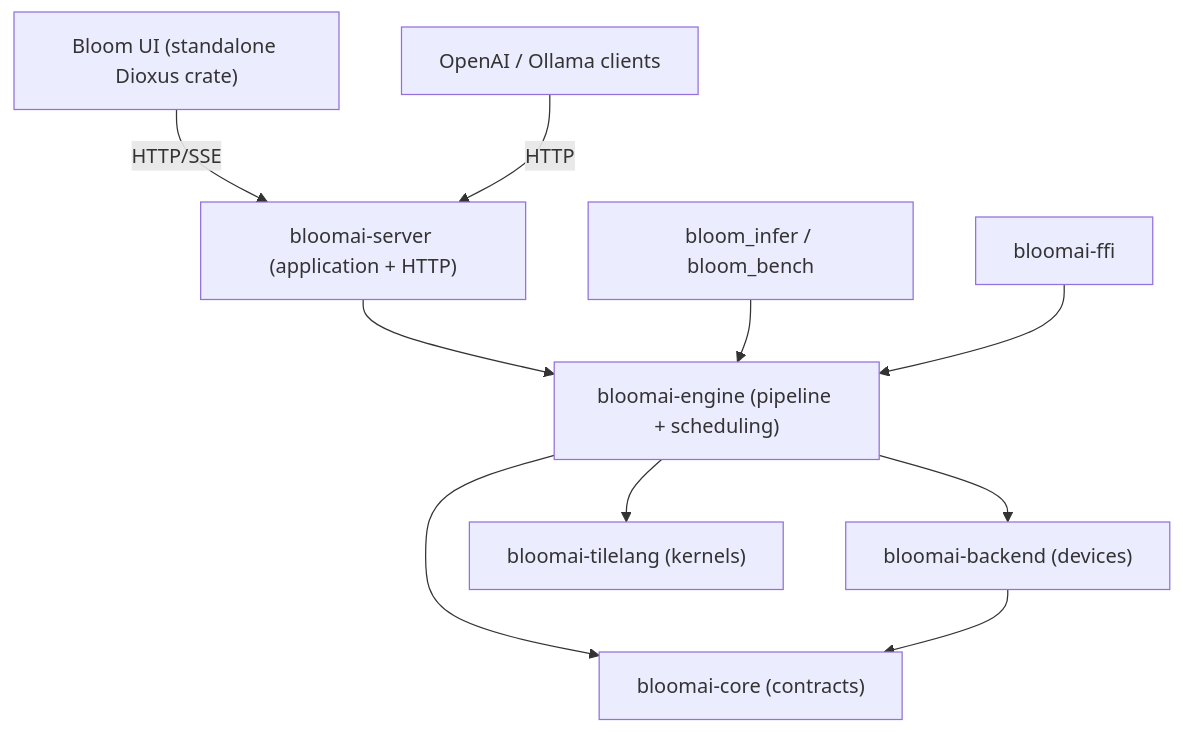
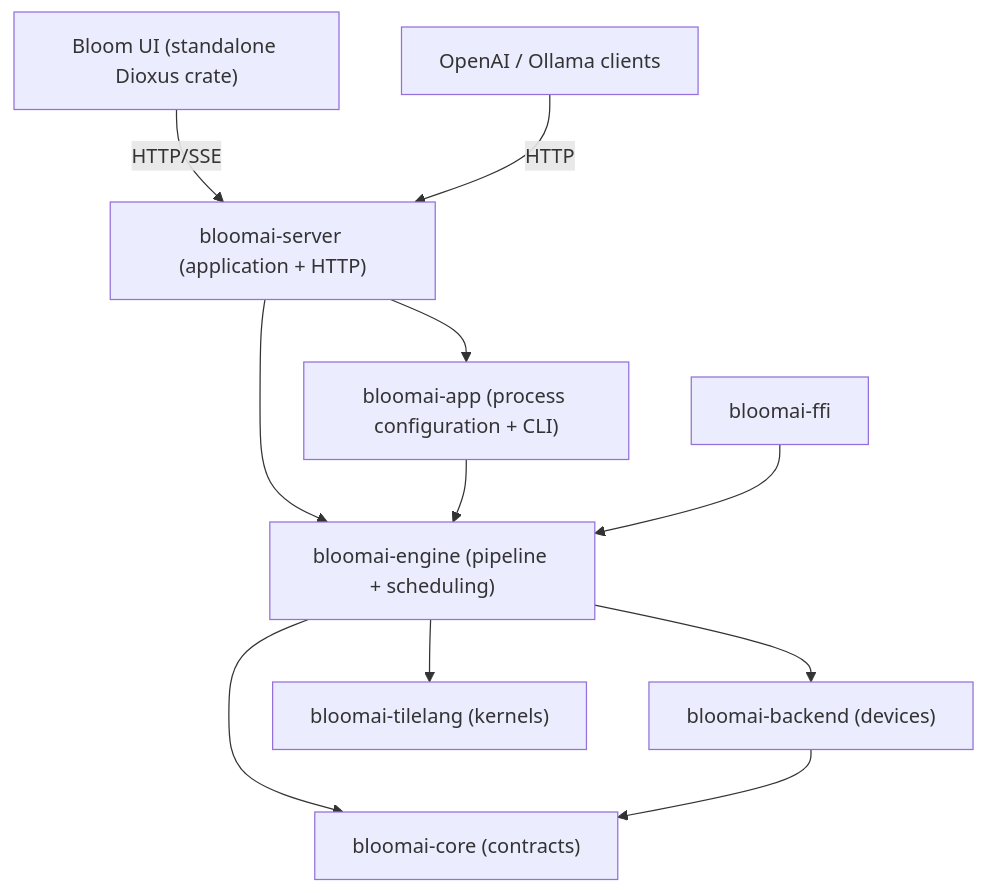
The first of 2 diagrams in docs/architecture.md (constmark/bloom), drawn with Mermaid before and after one commit. The commit also changed other lines of this file and 99 other files, not shown here.

````diff
--- a/docs/architecture.md
+++ b/docs/architecture.md
@@ -13,12 +13,13 @@
 ```mermaid
 flowchart TD
     Web["Bloom UI (standalone Dioxus crate)"] -->|HTTP/SSE| Server["bloomai-server (application + HTTP)"]
     Client["OpenAI / Ollama clients"] -->|HTTP| Server
     Server --> Engine["bloomai-engine (pipeline + scheduling)"]
-    CLI["bloom_infer / bloom_bench"] --> Engine
+    App["bloomai-app (process configuration + CLI)"] --> Engine
+    Server --> App
     FFI["bloomai-ffi"] --> Engine
     Engine --> Core["bloomai-core (contracts)"]
     Engine --> Backend["bloomai-backend (devices)"]
     Engine --> Tile["bloomai-tilelang (kernels)"]
     Backend --> Core
 ```
````
